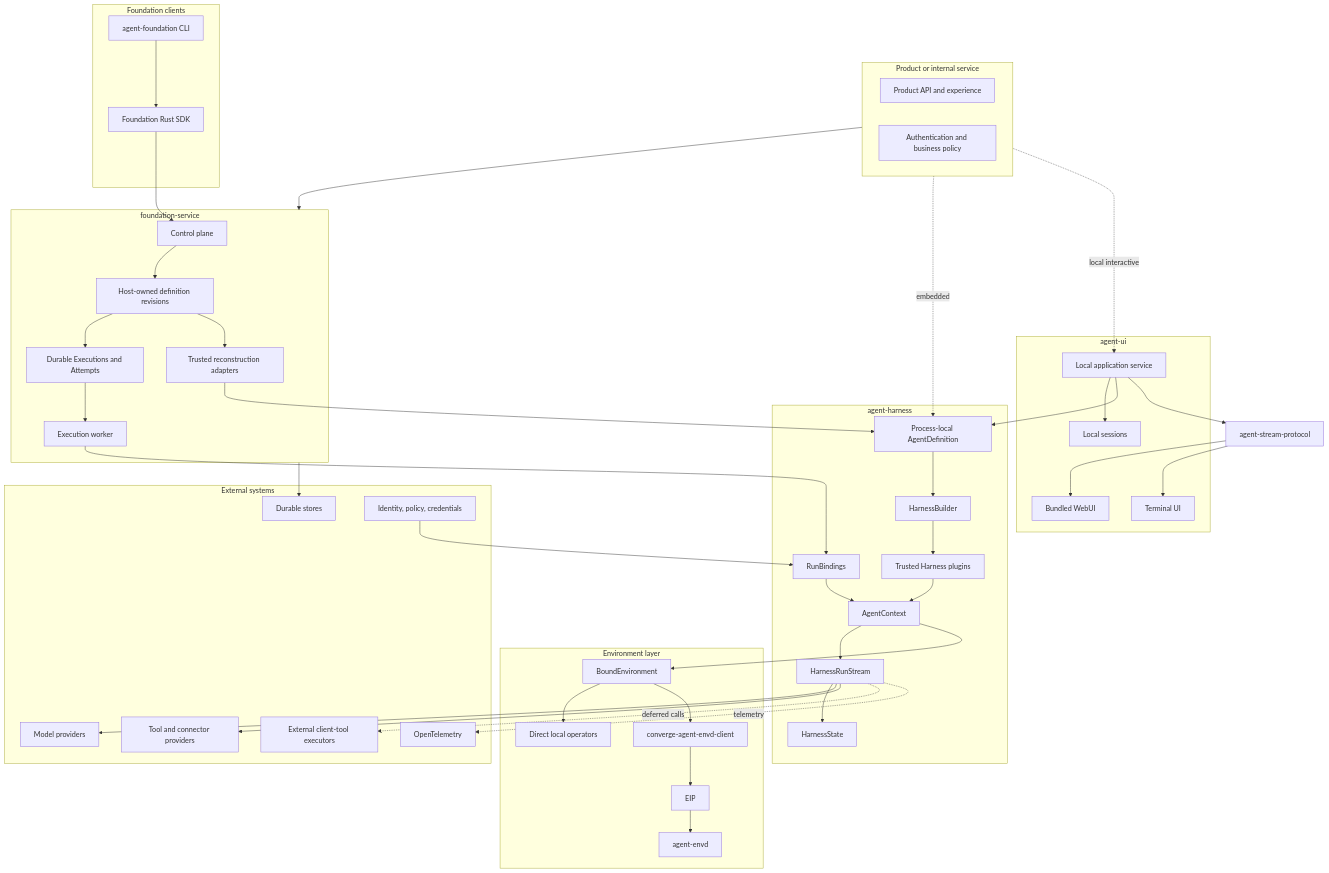
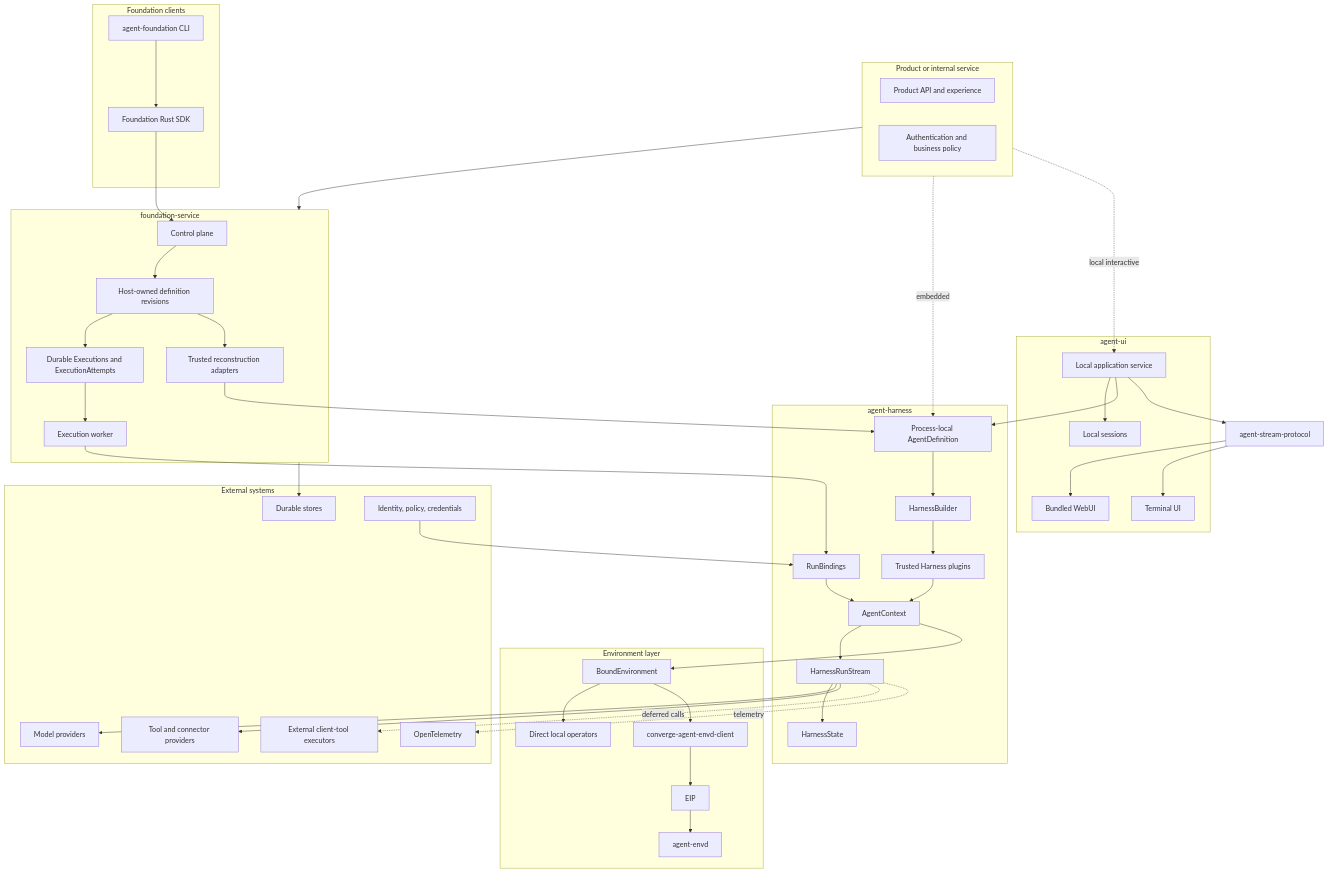
Before and after one commit to LTThreeComma/agent-foundation: the first of 4 diagrams in spec/README.md, drawn with Mermaid. The commit also changed other lines of this file and 92 other files, not shown here.

````diff
--- a/spec/README.md
+++ b/spec/README.md
@@ -22,77 +22,77 @@
 ```mermaid
 flowchart TB
     subgraph Product[Product or internal service]
         API[Product API and experience]
         Policy[Authentication and business policy]
     end
 
     subgraph Service[foundation-service]
         Control[Control plane]
         Definitions[Host-owned definition revisions]
-        Lifecycle[Durable Executions and Attempts]
+        Lifecycle[Durable Executions and ExecutionAttempts]
         Worker[Execution worker]
         Reconstruct[Trusted reconstruction adapters]
     end
 
     subgraph LocalUI[agent-ui]
         AppService[Local application service]
         Sessions[Local sessions]
         WebUI[Bundled WebUI]
         TUI[Terminal UI]
     end
 
     subgraph FoundationClients[Foundation clients]
         FoundationCLI[agent-foundation CLI]
         RustSDK[Foundation Rust SDK]
     end
 
     subgraph Harness[agent-harness]
         Definition[Process-local AgentDefinition]
         Builder[HarnessBuilder]
         Plugins[Trusted Harness plugins]
         Bindings[RunBindings]
         Context[AgentContext]
         Run[HarnessRunStream]
         State[HarnessState]
     end
 
     StreamProtocol[agent-stream-protocol]
 
     subgraph Environment[Environment layer]
         Bound[BoundEnvironment]
         Local[Direct local operators]
         EIPClient[converge-agent-envd-client]
         EIP[EIP]
         Envd[agent-envd]
     end
 
     subgraph External[External systems]
         Models[Model providers]
         Tools[Tool and connector providers]
         Stores[Durable stores]
         Identity[Identity, policy, credentials]
         Clients[External client-tool executors]
         OTel[OpenTelemetry]
     end
 
     Product --> Service
     FoundationCLI --> RustSDK --> Control
     Product -. embedded .-> Definition
     Product -. local interactive .-> AppService
     AppService --> Sessions
     AppService --> Definition
     AppService --> StreamProtocol --> WebUI & TUI
     Control --> Definitions --> Lifecycle --> Worker
     Definitions --> Reconstruct --> Definition
     Definition --> Builder --> Plugins
     Worker --> Bindings
     Identity --> Bindings
     Plugins & Bindings --> Context --> Run --> State
     Run --> Models & Tools
     Run -. deferred calls .-> Clients
     Context --> Bound
     Bound --> Local
     Bound --> EIPClient --> EIP --> Envd
     Service --> Stores
     Run -. telemetry .-> OTel
 ```
````
